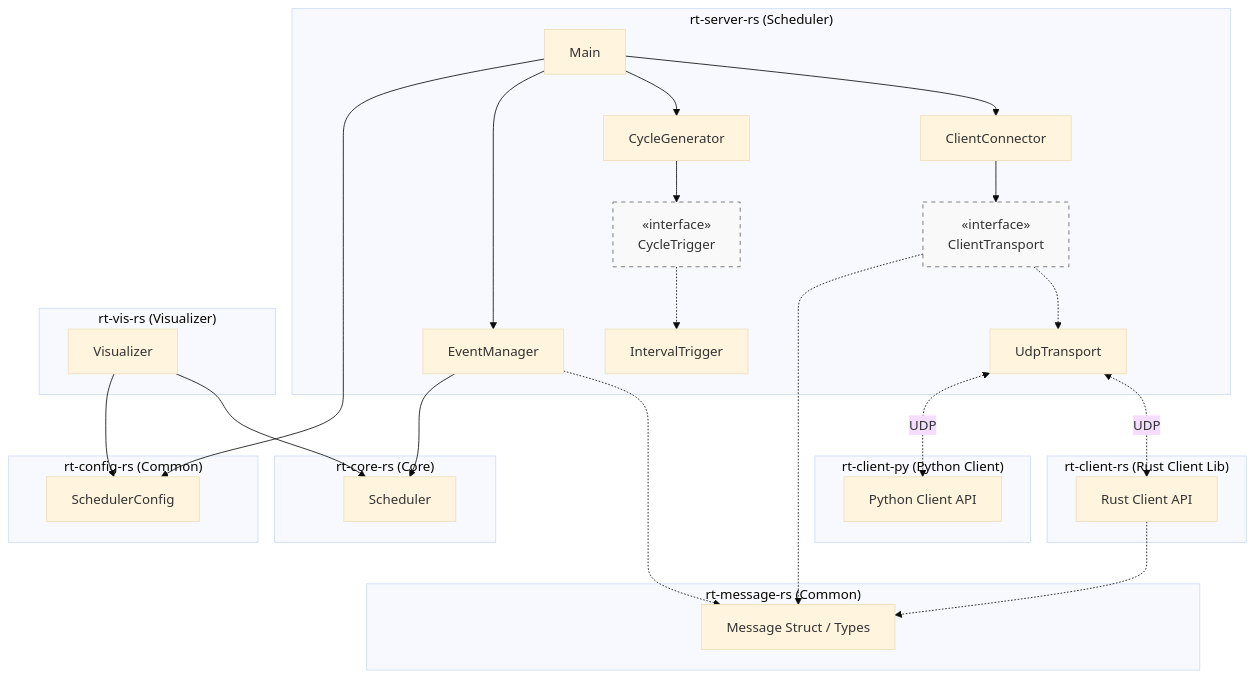
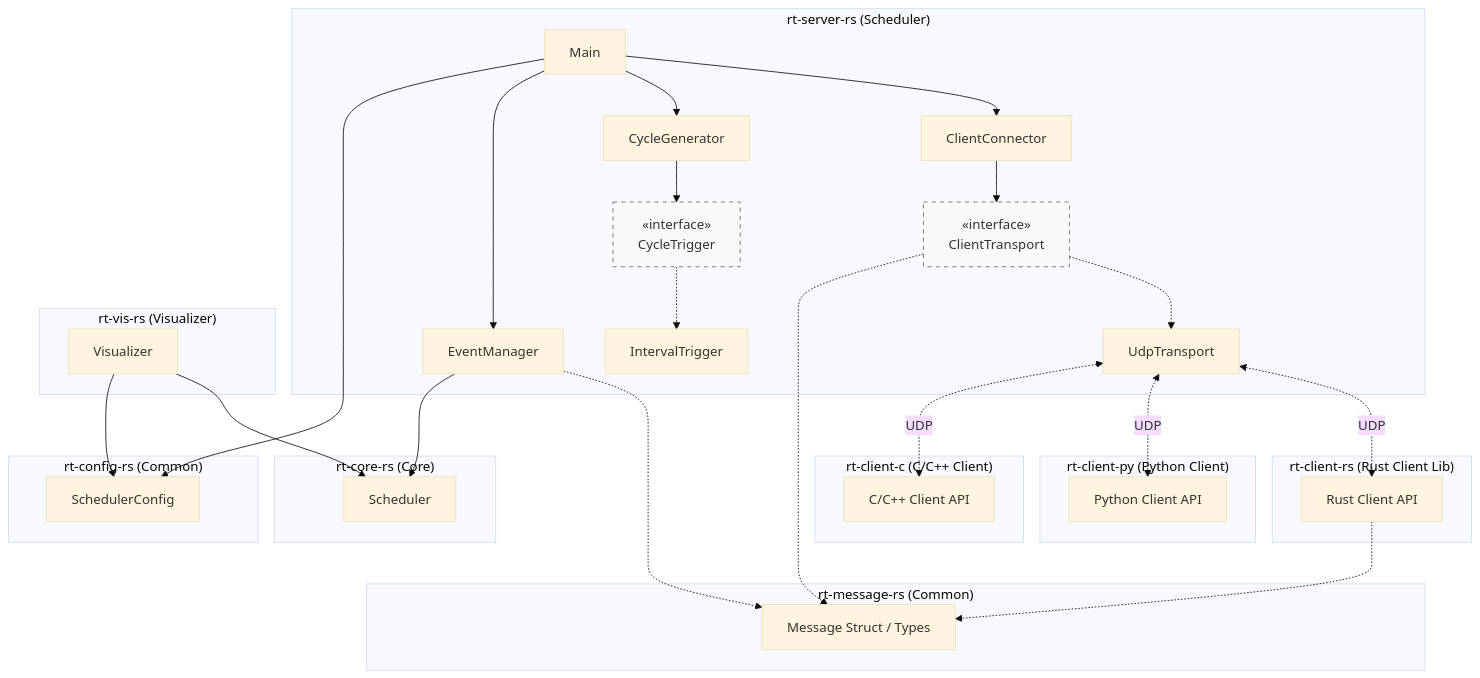
The diagram in docs/README.md (nao-kawano/ritsu-scheduler), drawn with Mermaid (base theme) before and after one commit. The commit also changed 1 other file, not shown here.

Commit message:
docs: update project READMEs to include C/C++ client

````diff
--- a/docs/README.md
+++ b/docs/README.md
@@ -7,74 +7,79 @@
 ```mermaid
 graph TD
     %% Server Project
     subgraph "rt-server-rs (Scheduler)"
         Main[Main]
         EM[EventManager]
 
         CG[CycleGenerator]
         CT["&laquo;interface&raquo;<br/>CycleTrigger"]
         IT[IntervalTrigger]
 
         CC[ClientConnector]
         CTr["&laquo;interface&raquo;<br/>ClientTransport"]
         UT[UdpTransport]
 
         Main --> CC
         Main --> CG
         Main --> EM
 
         CG --> CT
         CT -.-> IT
 
         CC --> CTr
         CTr -.-> UT
     end
 
     %% Config Project
     subgraph "rt-config-rs (Common)"
         SC[SchedulerConfig]
     end
 
     %% Core Project
     subgraph "rt-core-rs (Core)"
         SCH[Scheduler]
     end
 
     %% Client Projects
     subgraph "rt-client-rs (Rust Client Lib)"
         RCL[Rust Client API]
     end
     subgraph "rt-client-py (Python Client)"
         PCL[Python Client API]
     end
+    subgraph "rt-client-c (C/C++ Client)"
+        CCL[C/C++ Client API]
+    end
 
     %% Message Project
     subgraph "rt-message-rs (Common)"
         Msg[Message Struct / Types]
     end
 
     %% Visualization Project
     subgraph "rt-vis-rs (Visualizer)"
         VIS[Visualizer]
     end
 
     %% Inter-project dependencies
     Main --> SC
     EM -.-> Msg
     EM --> SCH
     CTr -.-> Msg
     RCL -.-> Msg
     VIS --> SCH
     VIS --> SC
     %% for layout
     SCH ~~~ Msg
     PCL ~~~ Msg
+    CCL ~~~ Msg
 
     %% Communication Flow
     UT <-.->|UDP| RCL
     UT <-.->|UDP| PCL
+    UT <-.->|UDP| CCL
 
     %% Styling
     style CT fill:#f9f9f9,stroke:#666,stroke-dasharray: 5 5
     style CTr fill:#f9f9f9,stroke:#666,stroke-dasharray: 5 5
 ```
````
